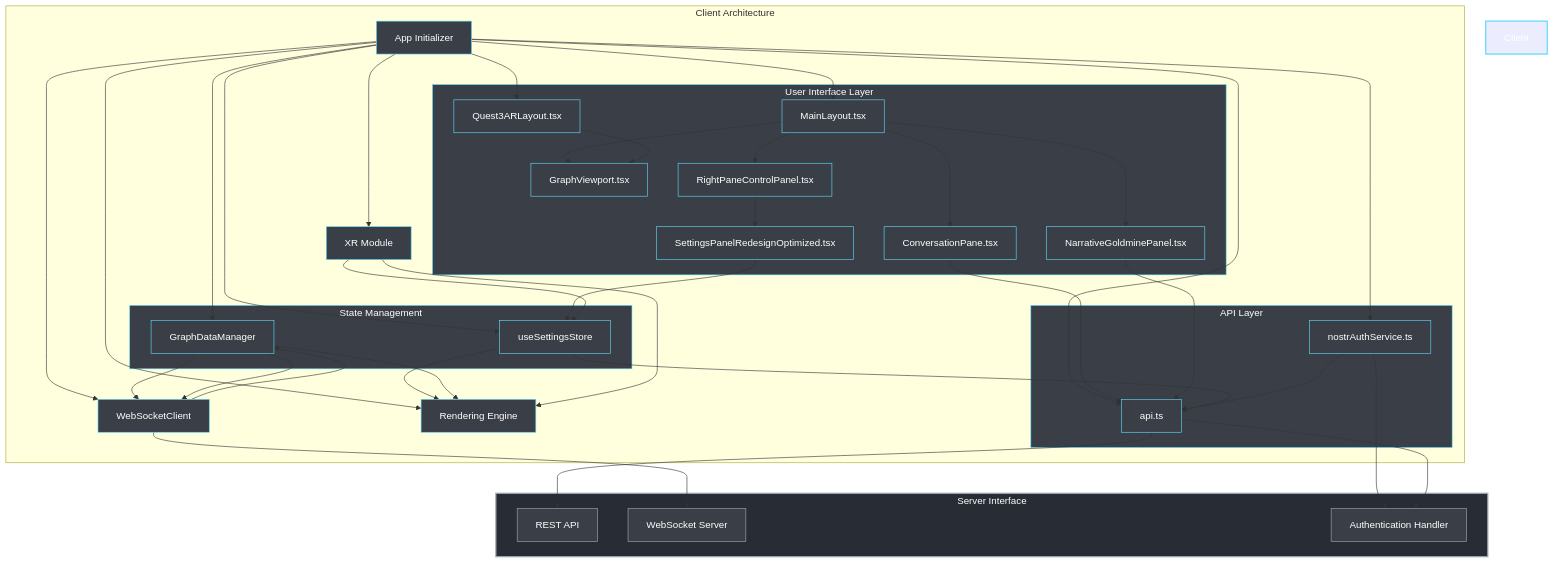
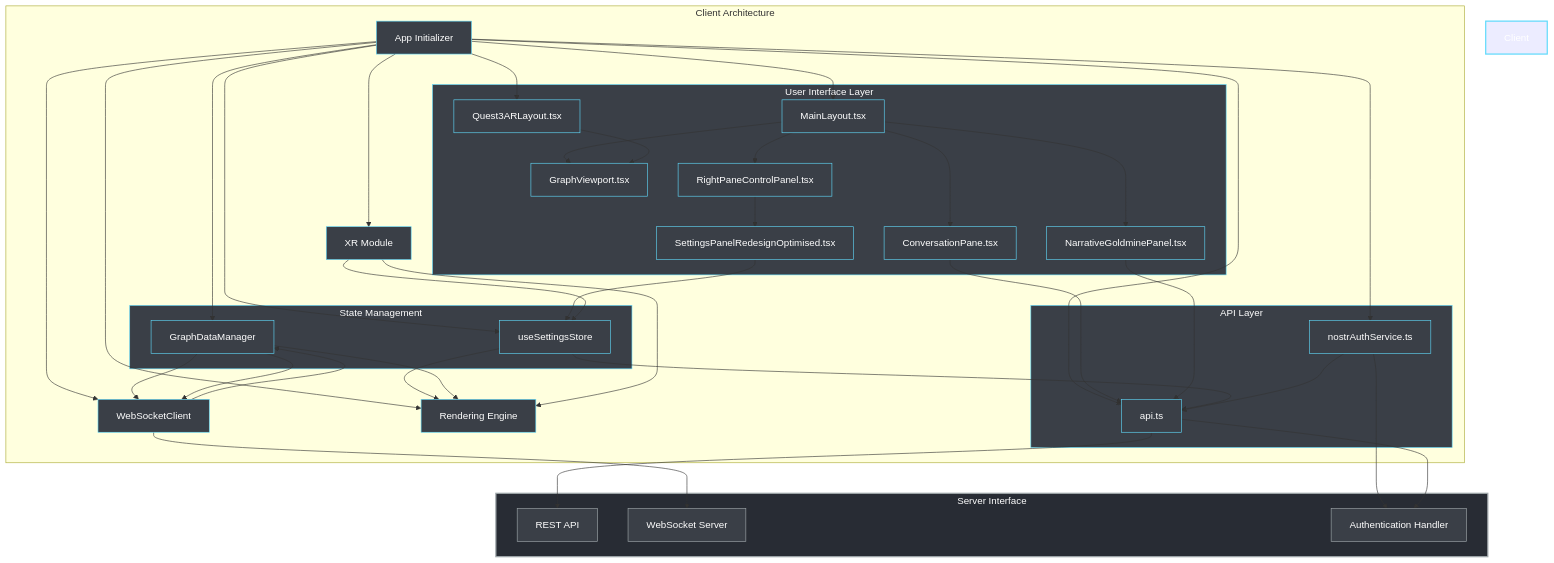
Before and after one commit to DreamLab-AI/VisionFlow: the first of 3 diagrams in docs/client/architecture.md, drawn with Mermaid. The commit also changed other lines of this file and 66 other files, not shown here.

```diff
--- a/docs/client/architecture.md
+++ b/docs/client/architecture.md
@@ -16,7 +16,7 @@
             Quest3ARLayout[Quest3ARLayout.tsx]
             GraphViewportUI[GraphViewport.tsx]
             RightPaneControlPanel[RightPaneControlPanel.tsx]
-            SettingsPanelRedesignOptimized[SettingsPanelRedesignOptimized.tsx]
+            SettingsPanelRedesignOptimised[SettingsPanelRedesignOptimised.tsx]
             ConversationPane[ConversationPane.tsx]
             NarrativeGoldminePanel[NarrativeGoldminePanel.tsx]
         end
@@ -50,9 +50,9 @@
         MainLayout --> ConversationPane
         MainLayout --> NarrativeGoldminePanel
         Quest3ARLayout --> GraphViewportUI
-        RightPaneControlPanel --> SettingsPanelRedesignOptimized
+        RightPaneControlPanel --> SettingsPanelRedesignOptimised
 
-        SettingsPanelRedesignOptimized --> SettingsStore
+        SettingsPanelRedesignOptimised --> SettingsStore
         ConversationPane --> APIService
         NarrativeGoldminePanel --> APIService
 
@@ -89,7 +89,7 @@
     style Quest3ARLayout fill:#3A3F47,stroke:#61DAFB,color:#FFFFFF
     style GraphViewportUI fill:#3A3F47,stroke:#61DAFB,color:#FFFFFF
     style RightPaneControlPanel fill:#3A3F47,stroke:#61DAFB,color:#FFFFFF
-    style SettingsPanelRedesignOptimized fill:#3A3F47,stroke:#61DAFB,color:#FFFFFF
+    style SettingsPanelRedesignOptimised fill:#3A3F47,stroke:#61DAFB,color:#FFFFFF
     style ConversationPane fill:#3A3F47,stroke:#61DAFB,color:#FFFFFF
     style NarrativeGoldminePanel fill:#3A3F47,stroke:#61DAFB,color:#FFFFFF
     style SettingsStore fill:#3A3F47,stroke:#61DAFB,color:#FFFFFF
```
